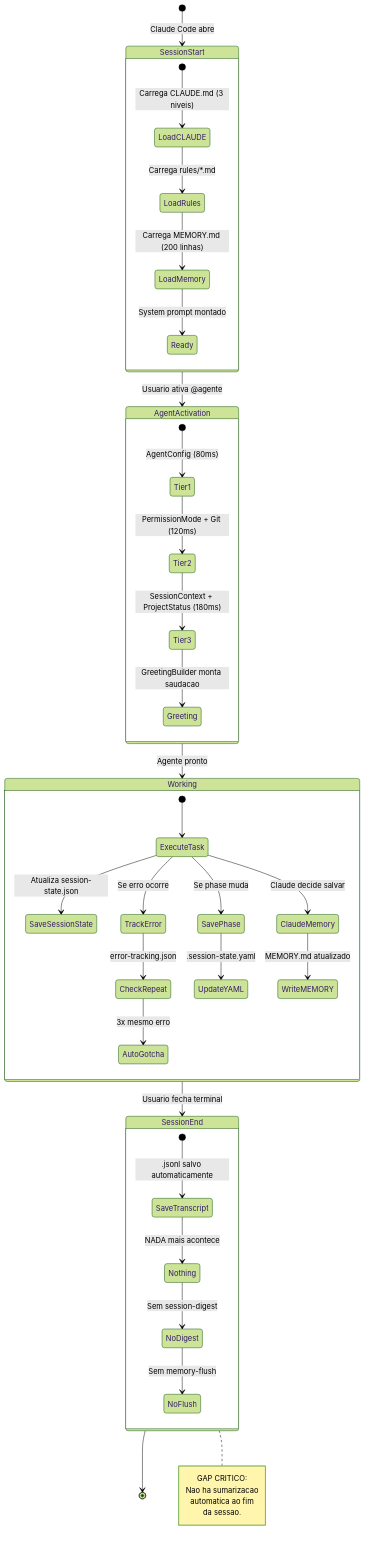
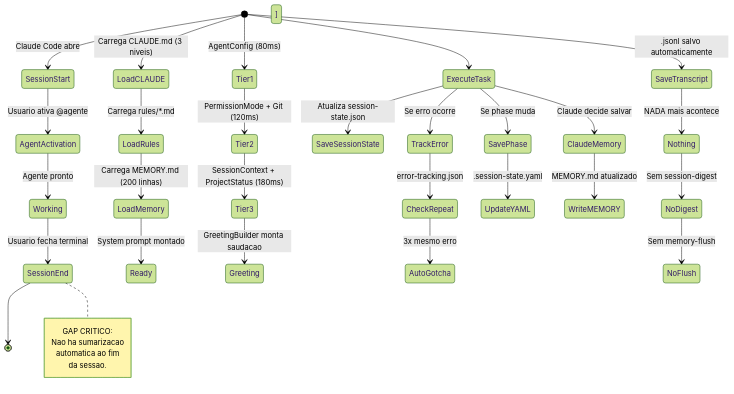
Before and after one commit to bychrisr/aios-docs: diagram 11 of 18 in content/en/docs/guides/MEMORY-SYSTEM.mdx, drawn with Mermaid (forest theme). The commit also changed other lines of this file and 40 other files, not shown here.

````diff
--- a/content/en/docs/guides/MEMORY-SYSTEM.mdx
+++ b/content/en/docs/guides/MEMORY-SYSTEM.mdx
@@ -512,52 +512,52 @@
 ```mermaid
 stateDiagram-v2
     [*] --> SessionStart: Claude Code abre
 
-    state SessionStart {
+    state SessionStart [
         [*] --> LoadCLAUDE: Carrega CLAUDE.md (3 niveis)
         LoadCLAUDE --> LoadRules: Carrega rules/*.md
         LoadRules --> LoadMemory: Carrega MEMORY.md (200 linhas)
         LoadMemory --> Ready: System prompt montado
-    }
+    ]
 
     SessionStart --> AgentActivation: Usuario ativa @agente
 
-    state AgentActivation {
+    state AgentActivation [
         [*] --> Tier1: AgentConfig (80ms)
         Tier1 --> Tier2: PermissionMode + Git (120ms)
         Tier2 --> Tier3: SessionContext + ProjectStatus (180ms)
         Tier3 --> Greeting: GreetingBuilder monta saudacao
-    }
+    ]
 
     AgentActivation --> Working: Agente pronto
 
-    state Working {
+    state Working [
         [*] --> ExecuteTask
         ExecuteTask --> SaveSessionState: Atualiza session-state.json
         ExecuteTask --> TrackError: Se erro ocorre
         TrackError --> CheckRepeat: error-tracking.json
         CheckRepeat --> AutoGotcha: 3x mesmo erro
         ExecuteTask --> SavePhase: Se phase muda
         SavePhase --> UpdateYAML: .session-state.yaml
         ExecuteTask --> ClaudeMemory: Claude decide salvar
         ClaudeMemory --> WriteMEMORY: MEMORY.md atualizado
-    }
+    ]
 
     Working --> SessionEnd: Usuario fecha terminal
 
-    state SessionEnd {
+    state SessionEnd [
         [*] --> SaveTranscript: .jsonl salvo automaticamente
         SaveTranscript --> Nothing: NADA mais acontece
         Nothing --> NoDigest: Sem session-digest
         NoDigest --> NoFlush: Sem memory-flush
-    }
+    ]
 
     SessionEnd --> [*]
 
     note right of SessionEnd
         GAP CRITICO:
         Nao ha sumarizacao
         automatica ao fim
         da sessao.
     end note
 ```
````
